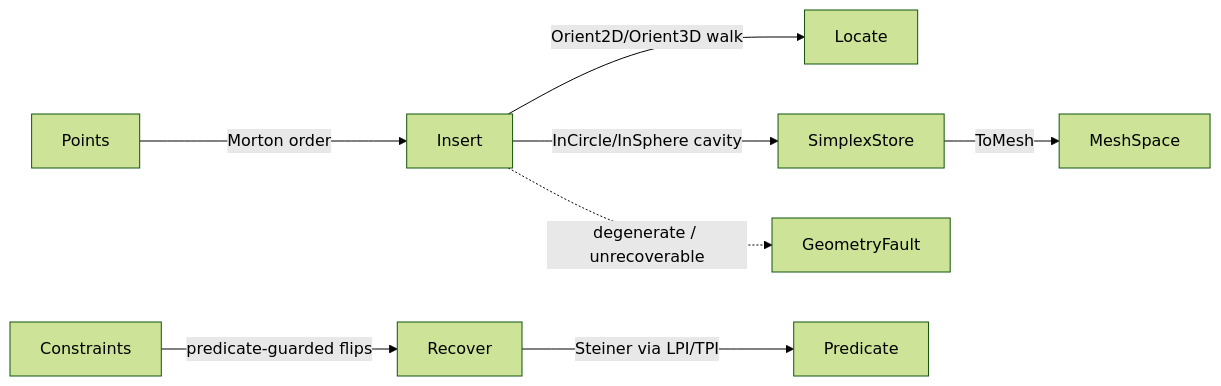
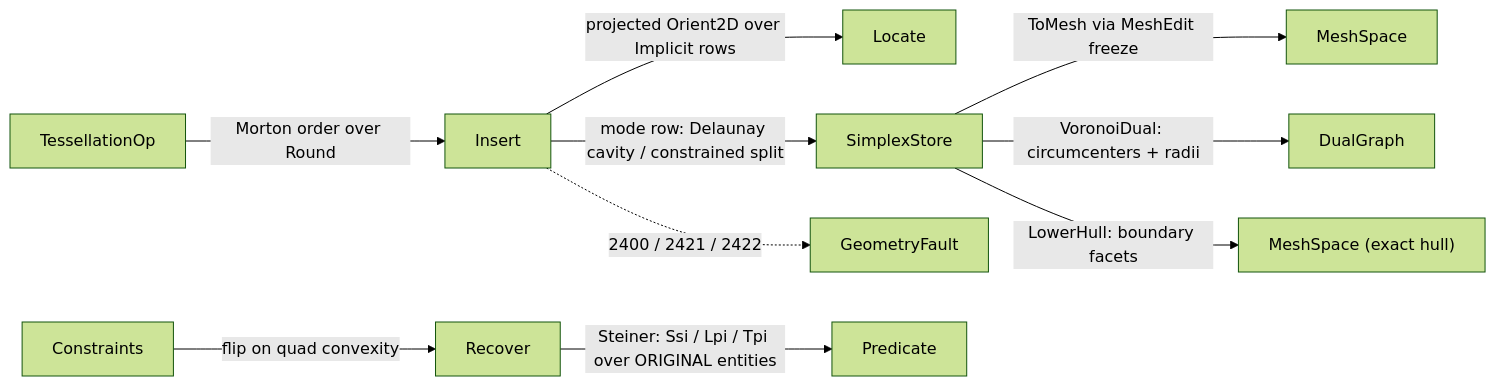
Before and after one commit to bsamiee/Rasm: the diagram in libs/csharp/Rasm/.planning/Meshing/delaunay.md, drawn with Mermaid (forest theme). The commit also changed other lines of this file and 22 other files, not shown here.

````diff
--- a/libs/csharp/Rasm/.planning/Meshing/delaunay.md
+++ b/libs/csharp/Rasm/.planning/Meshing/delaunay.md
@@ -226,10 +727,12 @@
 ```mermaid
 flowchart LR
-    Points -->|Morton order| Insert
-    Insert -->|Orient2D/Orient3D walk| Locate
-    Insert -->|InCircle/InSphere cavity| SimplexStore
-    Constraints -->|predicate-guarded flips| Recover
-    Recover -->|Steiner via LPI/TPI| Predicate
-    SimplexStore -->|ToMesh| MeshSpace
-    Insert -.->|degenerate / unrecoverable| GeometryFault
+    TessellationOp -->|Morton order over Round| Insert
+    Insert -->|projected Orient2D over Implicit rows| Locate
+    Insert -->|mode row: Delaunay cavity / constrained split| SimplexStore
+    Constraints -->|flip on quad convexity| Recover
+    Recover -->|Steiner: Ssi / Lpi / Tpi over ORIGINAL entities| Predicate
+    SimplexStore -->|ToMesh via MeshEdit freeze| MeshSpace
+    SimplexStore -->|VoronoiDual: circumcenters + radii| DualGraph
+    SimplexStore -->|LowerHull: boundary facets| Hull["MeshSpace (exact hull)"]
+    Insert -.->|2400 / 2421 / 2422| GeometryFault
 ```
````
